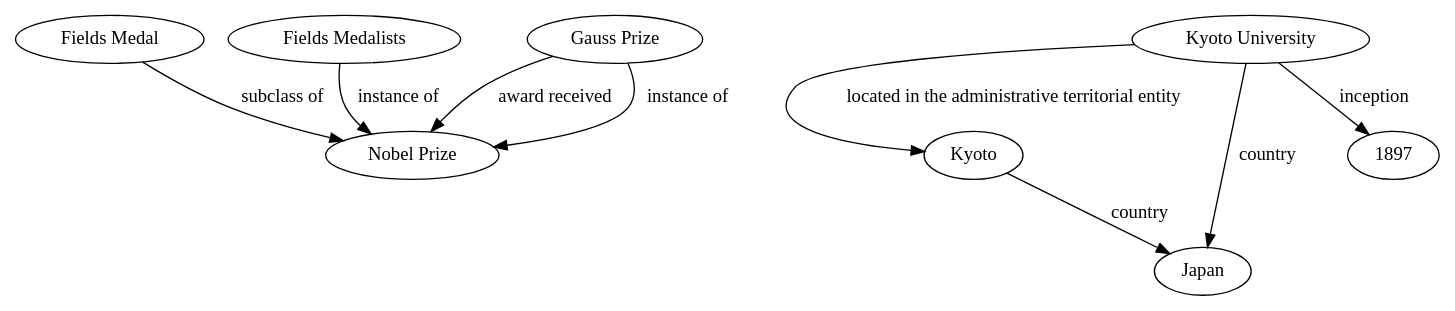
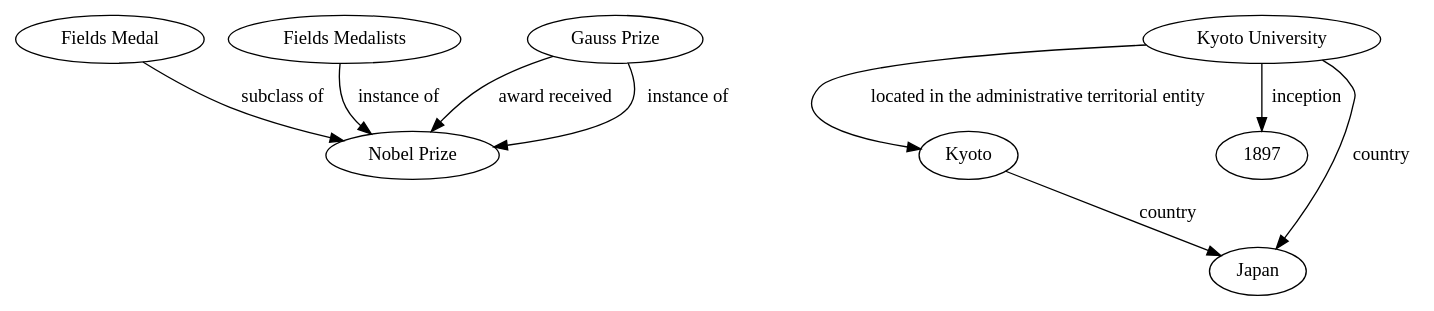
The diagram in param-search/graphs/rebel/sent/8/Kyoto University.dot (N-Shimoda/KG-MCQA), drawn with Graphviz before and after one commit. The commit also changed other lines of this file and 67 other files, not shown here.

```diff
--- a/param-search/graphs/rebel/sent/8/Kyoto University.dot
+++ b/param-search/graphs/rebel/sent/8/Kyoto University.dot
@@ -1,21 +1,21 @@
 digraph RDFGraph {
 	// Nodes
 	"Fields Medal";
 	"Kyoto";
 	"Kyoto University";
 	"Fields Medalists";
 	"Gauss Prize";
+	"1897";
 	"Japan";
 	"Nobel Prize";
-	"1897";
 
 	// Edges
 	"Kyoto University" -> "Kyoto" [label="located in the administrative territorial entity"];
+	"Kyoto" -> "Japan" [label="country"];
+	"Kyoto University" -> "Japan" [label="country"];
 	"Kyoto University" -> "1897" [label="inception"];
-	"Kyoto University" -> "Japan" [label="country"];
-	"Kyoto" -> "Japan" [label="country"];
-	"Fields Medal" -> "Nobel Prize" [label="subclass of"];
-	"Fields Medalists" -> "Nobel Prize" [label="instance of"];
 	"Gauss Prize" -> "Nobel Prize" [label="award received"];
 	"Gauss Prize" -> "Nobel Prize" [label="instance of"];
+	"Fields Medalists" -> "Nobel Prize" [label="instance of"];
+	"Fields Medal" -> "Nobel Prize" [label="subclass of"];
 }
```
